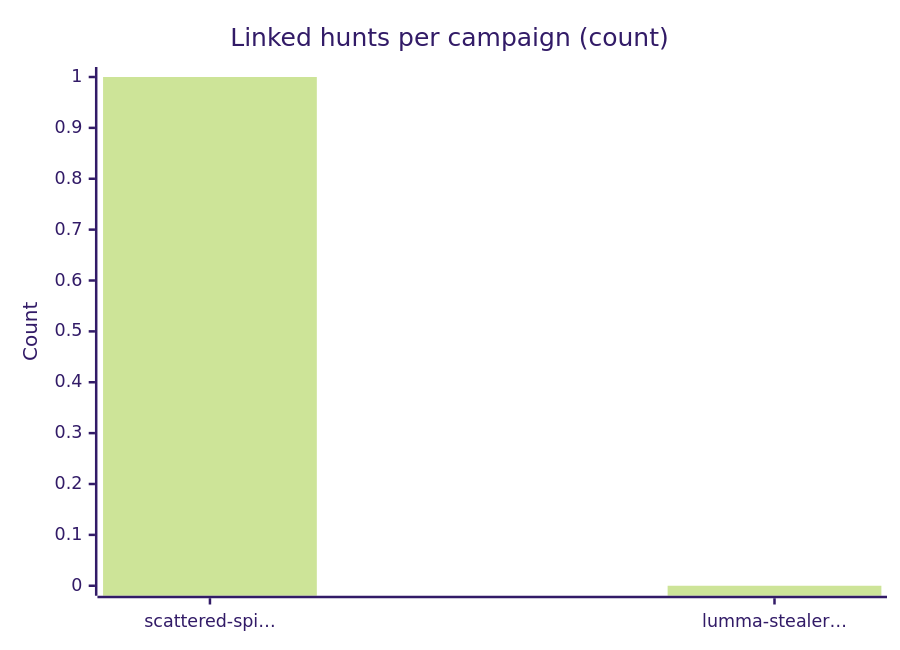
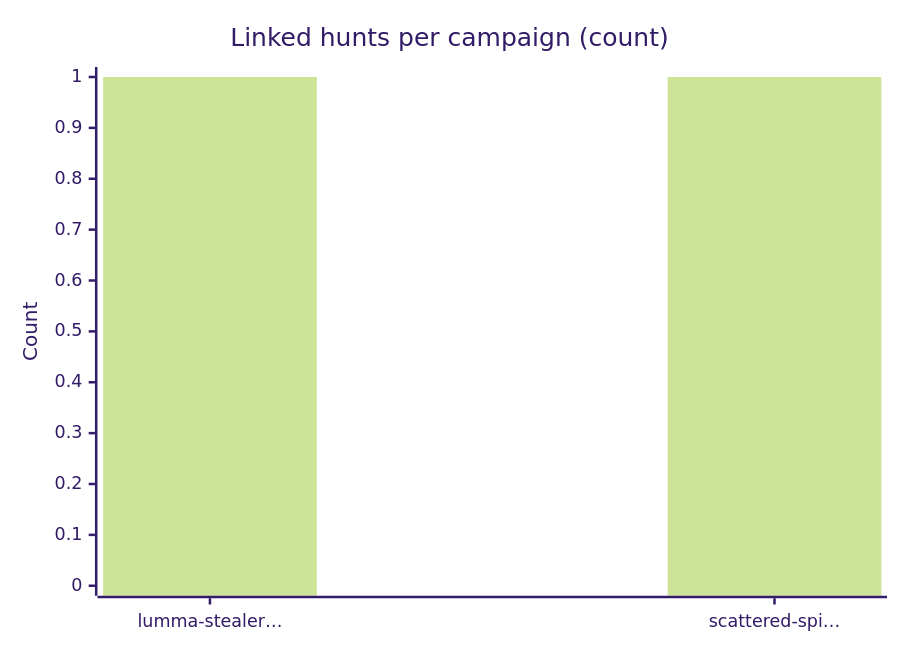
One commit to SWolfSec/Threat-Hunting-As-Code changed the first of 4 diagrams in docs/dashboard.md. Above: the diagram before and after it, drawn with Mermaid (forest theme). The commit also changed other lines of this file and 2 other files, not shown here.

````diff
--- a/docs/dashboard.md
+++ b/docs/dashboard.md
@@ -9,7 +9,7 @@
 ```mermaid
 xychart-beta
     title "Linked hunts per campaign (count)"
-    x-axis ["scattered-spi…", "lumma-stealer…"]
+    x-axis ["lumma-stealer…", "scattered-spi…"]
     y-axis "Count" 0 --> 1
-    bar [1, 0]
+    bar [1, 1]
 ```
````
